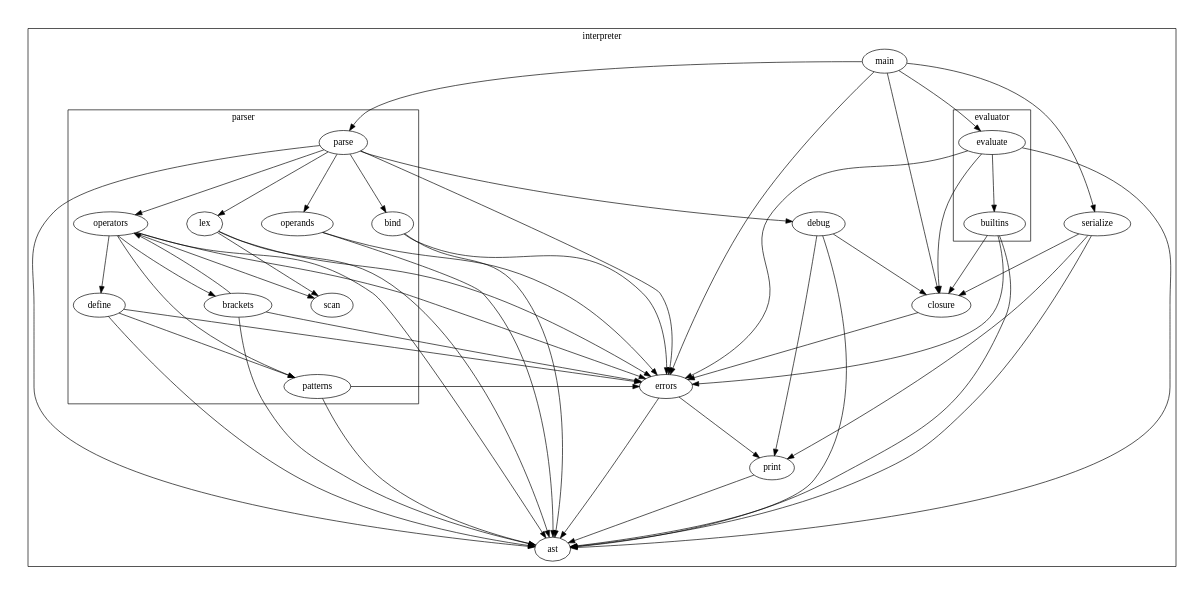
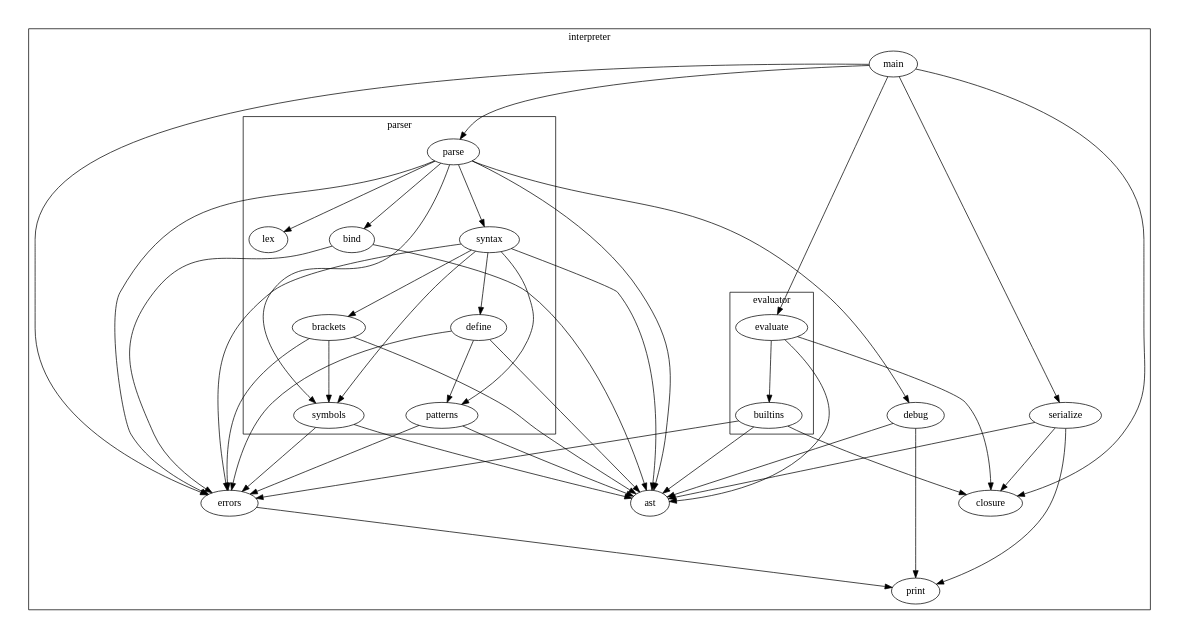
The diagram in bootstrap-interpreter/doc/architecture.dot (clark800/lambda-zero), drawn with Graphviz before and after one commit. The commit also changed 1 other file, not shown here.

Commit message:
Update architecture diagram

```diff
--- a/bootstrap-interpreter/doc/architecture.dot
+++ b/bootstrap-interpreter/doc/architecture.dot
@@ -1,103 +1,91 @@
 // to build this diagram, install graphviz and run the following command:
 // dot -o architecture.pdf -T pdf architecture.dot
 // note: ordering=out seems to be not working due to a bug in graphviz
 digraph graphname {
     size=6;
     ranksep=1.2;
     nodesep=0.8;
     mclimit=100;
 
     subgraph cluster_interpreter {
         label="interpreter";
         subgraph cluster_parser {
             label="parser";
             parse;
             lex;
-            scan;
-            operands;
-            operators;
+            symbols;
+            syntax;
             define;
             brackets;
             patterns;
             bind;
         }
         ast;
         print;
         debug;
         errors;
         subgraph cluster_evaluator {
             label="evaluator";
             evaluate;
             builtins;
         }
         closure;
         serialize;
         main;
     }
 
-    print -> ast;
-
-    errors -> ast;
     errors -> print;
 
     debug -> ast;
     debug -> print;
-    debug -> closure;
 
     serialize -> ast;
     serialize -> print;
     serialize -> closure;
-
-    closure -> errors;
-
-    lex -> scan;
-    lex -> ast;
-    lex -> errors;
 
     bind -> ast;
     bind -> errors;
 
     patterns -> ast;
     patterns -> errors;
 
     brackets -> ast;
     brackets -> errors;
-    brackets -> operators;
+    brackets -> symbols;
 
     define -> ast;
     define -> errors;
     define -> patterns;
 
-    operands -> ast;
-    operands -> errors;
+    symbols -> ast;
+    symbols -> errors;
 
-    operators -> ast;
-    operators -> scan;
-    operators -> errors;
-    operators -> define;
-    operators -> patterns;
-    operators -> brackets;
+    syntax -> ast;
+    syntax -> errors;
+    syntax -> symbols;
+    syntax -> patterns;
+    syntax -> define;
+    syntax -> brackets;
 
+    parse -> lex;
     parse -> ast;
     parse -> errors;
-    parse -> lex;
-    parse -> operands;
-    parse -> operators;
+    parse -> symbols;
+    parse -> syntax;
     parse -> bind;
     parse -> debug;
 
     builtins -> ast;
     builtins -> errors;
     builtins -> closure;
 
     evaluate -> ast;
-    evaluate -> errors;
     evaluate -> closure;
     evaluate -> builtins;
 
     main -> closure;
     main -> errors;
     main -> parse;
     main -> evaluate;
     main -> serialize;
 }
```
